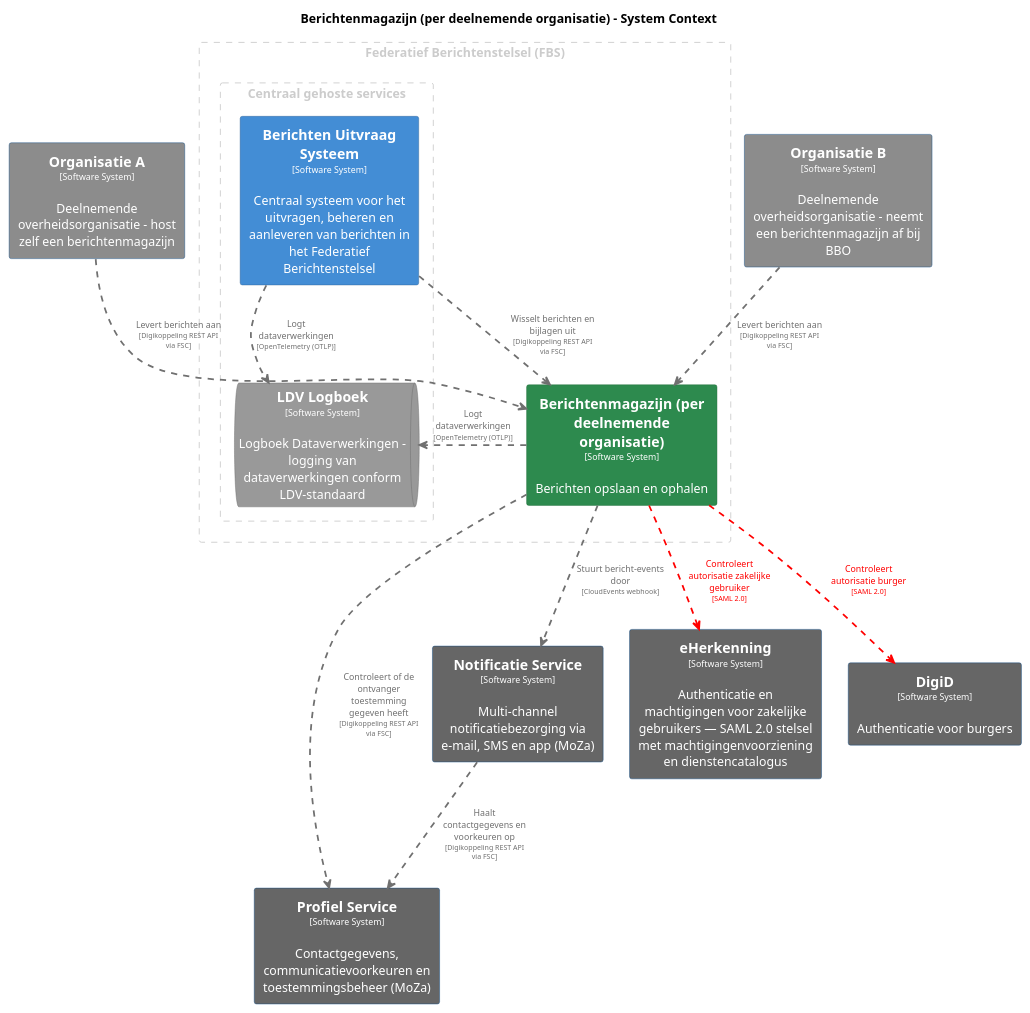
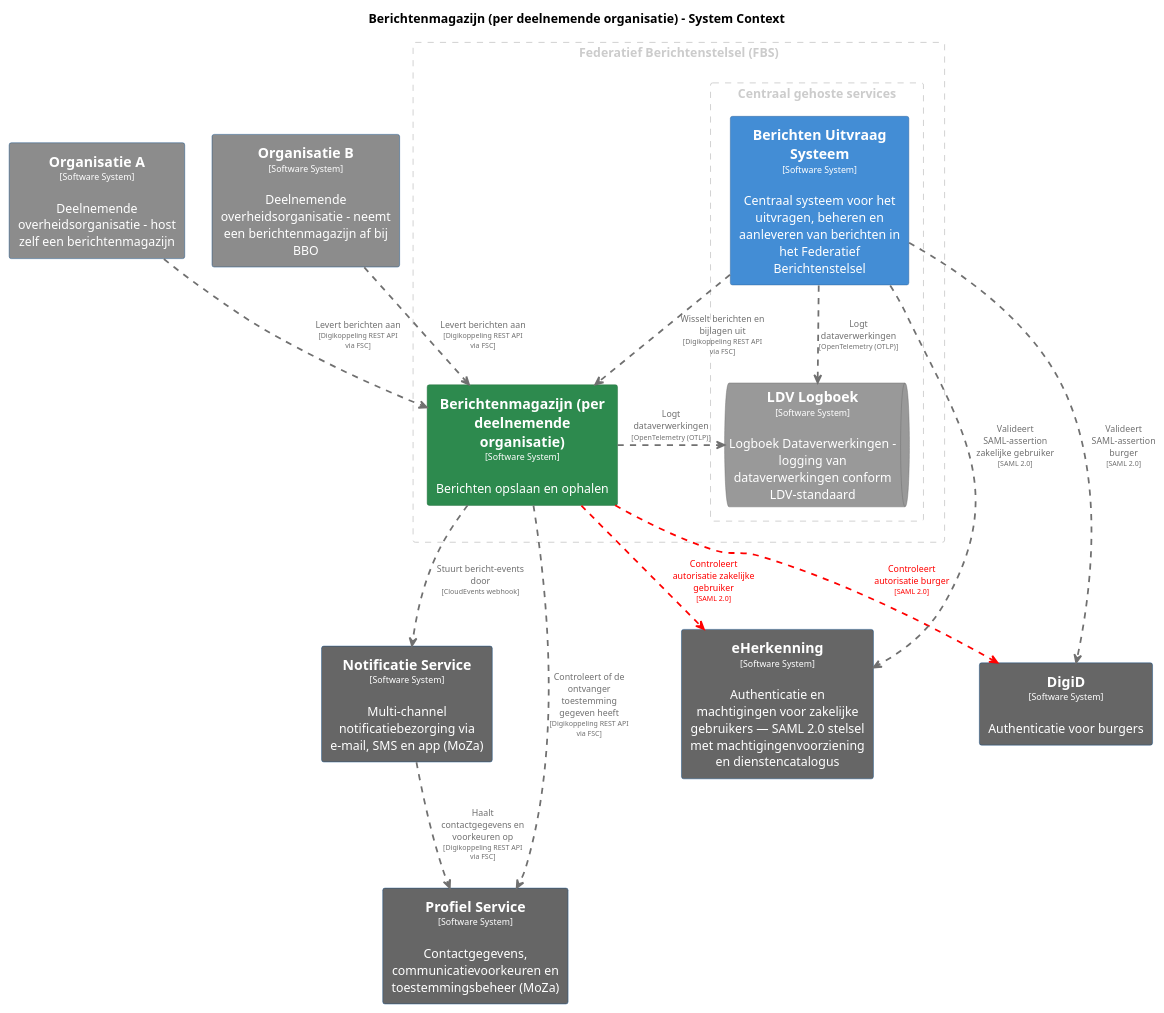
Before and after one commit to MinBZK/moza-poc-fbs-berichtenbox: the diagram in pr-preview/pr-22/master/puml/Berichtenmagazijn.puml, drawn with PlantUML. The commit also changed 39 other files, not shown here.

```diff
--- a/pr-preview/pr-22/master/puml/Berichtenmagazijn.puml
+++ b/pr-preview/pr-22/master/puml/Berichtenmagazijn.puml
@@ -1,107 +1,109 @@
 @startuml
 set separator none
 title Berichtenmagazijn (per deelnemende organisatie) - System Context
 
 top to bottom direction
 skinparam ranksep 60
 skinparam nodesep 30
 
 skinparam {
   arrowFontSize 10
   defaultTextAlignment center
   wrapWidth 200
   maxMessageSize 100
 }
 
 hide stereotype
 
 skinparam rectangle<<BerichtenUitvraagSysteem>> {
   BackgroundColor #438dd5
   FontColor #ffffff
   BorderColor #2e6295
   shadowing false
 }
 skinparam rectangle<<Berichtenmagazijnperdeelnemendeorganisatie>> {
   BackgroundColor #2d8a4e
   FontColor #ffffff
   BorderColor #1e6b38
   shadowing false
 }
 skinparam rectangle<<DigiD>> {
   BackgroundColor #666666
   FontColor #ffffff
   BorderColor #0b4884
   shadowing false
 }
 skinparam queue<<LDVLogboek>> {
   BackgroundColor #999999
   FontColor #ffffff
   BorderColor #6b6b6b
   shadowing false
 }
 skinparam rectangle<<NotificatieService>> {
   BackgroundColor #666666
   FontColor #ffffff
   BorderColor #0b4884
   shadowing false
 }
 skinparam rectangle<<OrganisatieA>> {
   BackgroundColor #8c8c8c
   FontColor #ffffff
   BorderColor #0b4884
   shadowing false
 }
 skinparam rectangle<<OrganisatieB>> {
   BackgroundColor #8c8c8c
   FontColor #ffffff
   BorderColor #0b4884
   shadowing false
 }
 skinparam rectangle<<ProfielService>> {
   BackgroundColor #666666
   FontColor #ffffff
   BorderColor #0b4884
   shadowing false
 }
 skinparam rectangle<<eHerkenning>> {
   BackgroundColor #666666
   FontColor #ffffff
   BorderColor #0b4884
   shadowing false
 }
 
 rectangle "Federatief Berichtenstelsel (FBS)" <<group1>> as group1 {
   skinparam RectangleBorderColor<<group1>> #cccccc
   skinparam RectangleFontColor<<group1>> #cccccc
   skinparam RectangleBorderStyle<<group1>> dashed
 
   rectangle "==Berichtenmagazijn (per deelnemende organisatie)\n<size:10>[Software System]</size>\n\nBerichten opslaan en ophalen" <<Berichtenmagazijnperdeelnemendeorganisatie>> as Berichtenmagazijnperdeelnemendeorganisatie
     rectangle "Centraal gehoste services" <<group2>> as group2 {
       skinparam RectangleBorderColor<<group2>> #cccccc
       skinparam RectangleFontColor<<group2>> #cccccc
       skinparam RectangleBorderStyle<<group2>> dashed
 
       rectangle "==Berichten Uitvraag Systeem\n<size:10>[Software System]</size>\n\nCentraal systeem voor het uitvragen, beheren en aanleveren van berichten in het Federatief Berichtenstelsel" <<BerichtenUitvraagSysteem>> as BerichtenUitvraagSysteem
       queue "==LDV Logboek\n<size:10>[Software System]</size>\n\nLogboek Dataverwerkingen - logging van dataverwerkingen conform LDV-standaard" <<LDVLogboek>> as LDVLogboek
     }
 
 }
 
 rectangle "==Organisatie A\n<size:10>[Software System]</size>\n\nDeelnemende overheidsorganisatie - host zelf een berichtenmagazijn" <<OrganisatieA>> as OrganisatieA
 rectangle "==Organisatie B\n<size:10>[Software System]</size>\n\nDeelnemende overheidsorganisatie - neemt een berichtenmagazijn af bij BBO" <<OrganisatieB>> as OrganisatieB
 rectangle "==Profiel Service\n<size:10>[Software System]</size>\n\nContactgegevens, communicatievoorkeuren en toestemmingsbeheer (MoZa)" <<ProfielService>> as ProfielService
 rectangle "==Notificatie Service\n<size:10>[Software System]</size>\n\nMulti-channel notificatiebezorging via e-mail, SMS en app (MoZa)" <<NotificatieService>> as NotificatieService
 rectangle "==eHerkenning\n<size:10>[Software System]</size>\n\nAuthenticatie en machtigingen voor zakelijke gebruikers — SAML 2.0 stelsel met machtigingenvoorziening en dienstencatalogus" <<eHerkenning>> as eHerkenning
 rectangle "==DigiD\n<size:10>[Software System]</size>\n\nAuthenticatie voor burgers" <<DigiD>> as DigiD
 
+Berichtenmagazijnperdeelnemendeorganisatie .[#707070,thickness=2].> ProfielService : "<color:#707070>Controleert of de ontvanger toestemming gegeven heeft\n<color:#707070><size:8>[Digikoppeling REST API via FSC]</size>"
+Berichtenmagazijnperdeelnemendeorganisatie .[#ff0000,thickness=2].> eHerkenning : "<color:#ff0000>Controleert autorisatie zakelijke gebruiker\n<color:#ff0000><size:8>[SAML 2.0]</size>"
 Berichtenmagazijnperdeelnemendeorganisatie .[#ff0000,thickness=2].> DigiD : "<color:#ff0000>Controleert autorisatie burger\n<color:#ff0000><size:8>[SAML 2.0]</size>"
 Berichtenmagazijnperdeelnemendeorganisatie .[#707070,thickness=2].> LDVLogboek : "<color:#707070>Logt dataverwerkingen\n<color:#707070><size:8>[OpenTelemetry (OTLP)]</size>"
 BerichtenUitvraagSysteem .[#707070,thickness=2].> LDVLogboek : "<color:#707070>Logt dataverwerkingen\n<color:#707070><size:8>[OpenTelemetry (OTLP)]</size>"
 BerichtenUitvraagSysteem .[#707070,thickness=2].> Berichtenmagazijnperdeelnemendeorganisatie : "<color:#707070>Wisselt berichten en bijlagen uit\n<color:#707070><size:8>[Digikoppeling REST API via FSC]</size>"
+BerichtenUitvraagSysteem .[#707070,thickness=2].> eHerkenning : "<color:#707070>Valideert SAML-assertion zakelijke gebruiker\n<color:#707070><size:8>[SAML 2.0]</size>"
+BerichtenUitvraagSysteem .[#707070,thickness=2].> DigiD : "<color:#707070>Valideert SAML-assertion burger\n<color:#707070><size:8>[SAML 2.0]</size>"
 Berichtenmagazijnperdeelnemendeorganisatie .[#707070,thickness=2].> NotificatieService : "<color:#707070>Stuurt bericht-events door\n<color:#707070><size:8>[CloudEvents webhook]</size>"
 NotificatieService .[#707070,thickness=2].> ProfielService : "<color:#707070>Haalt contactgegevens en voorkeuren op\n<color:#707070><size:8>[Digikoppeling REST API via FSC]</size>"
 OrganisatieA .[#707070,thickness=2].> Berichtenmagazijnperdeelnemendeorganisatie : "<color:#707070>Levert berichten aan\n<color:#707070><size:8>[Digikoppeling REST API via FSC]</size>"
 OrganisatieB .[#707070,thickness=2].> Berichtenmagazijnperdeelnemendeorganisatie : "<color:#707070>Levert berichten aan\n<color:#707070><size:8>[Digikoppeling REST API via FSC]</size>"
-Berichtenmagazijnperdeelnemendeorganisatie .[#707070,thickness=2].> ProfielService : "<color:#707070>Controleert of de ontvanger toestemming gegeven heeft\n<color:#707070><size:8>[Digikoppeling REST API via FSC]</size>"
-Berichtenmagazijnperdeelnemendeorganisatie .[#ff0000,thickness=2].> eHerkenning : "<color:#ff0000>Controleert autorisatie zakelijke gebruiker\n<color:#ff0000><size:8>[SAML 2.0]</size>"
 @enduml
```
